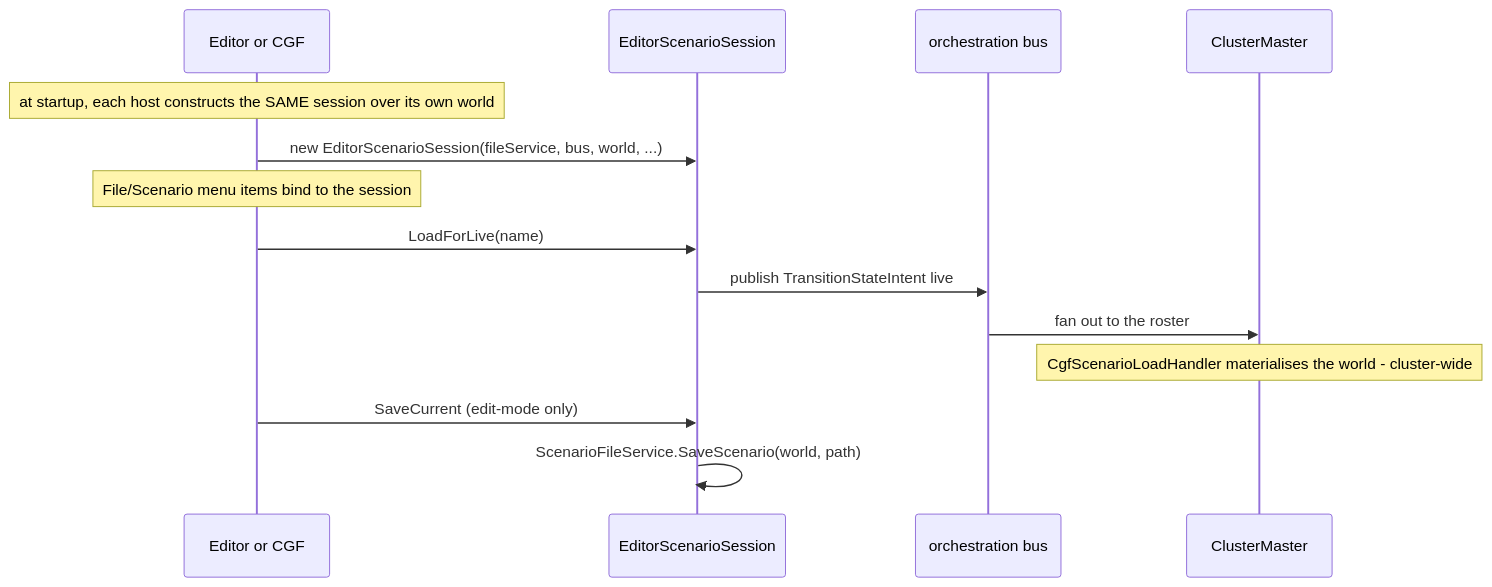
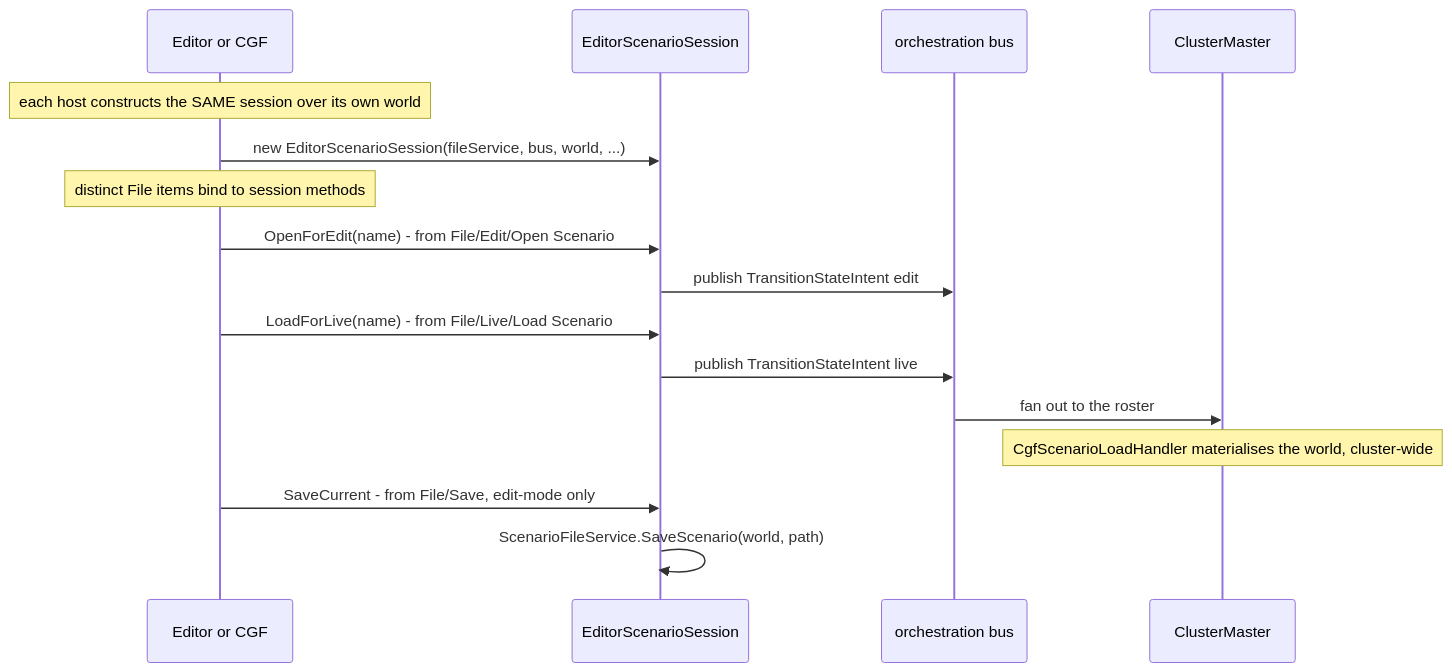
One commit to pjanec/HROT changed the second of 2 diagrams in docs/DESIGN_Cgf_Scenario_Session_Slice.md. Above: the diagram before and after it, drawn with Mermaid. The commit also changed other lines of this file and 4 other files, not shown here.

````diff
--- a/docs/DESIGN_Cgf_Scenario_Session_Slice.md
+++ b/docs/DESIGN_Cgf_Scenario_Session_Slice.md
@@ -91,17 +96,19 @@
 ```mermaid
 sequenceDiagram
     participant Host as Editor or CGF
     participant Session as EditorScenarioSession
     participant Bus as orchestration bus
     participant Master as ClusterMaster
 
-    Note over Host: at startup, each host constructs the SAME session over its own world
+    Note over Host: each host constructs the SAME session over its own world
     Host->>Session: new EditorScenarioSession(fileService, bus, world, ...)
-    Note over Host: File/Scenario menu items bind to the session
-    Host->>Session: LoadForLive(name)
+    Note over Host: distinct File items bind to session methods
+    Host->>Session: OpenForEdit(name) - from File/Edit/Open Scenario
+    Session->>Bus: publish TransitionStateIntent edit
+    Host->>Session: LoadForLive(name) - from File/Live/Load Scenario
     Session->>Bus: publish TransitionStateIntent live
     Bus->>Master: fan out to the roster
-    Note over Master: CgfScenarioLoadHandler materialises the world - cluster-wide
-    Host->>Session: SaveCurrent (edit-mode only)
+    Note over Master: CgfScenarioLoadHandler materialises the world, cluster-wide
+    Host->>Session: SaveCurrent - from File/Save, edit-mode only
     Session->>Session: ScenarioFileService.SaveScenario(world, path)
 ```
````
